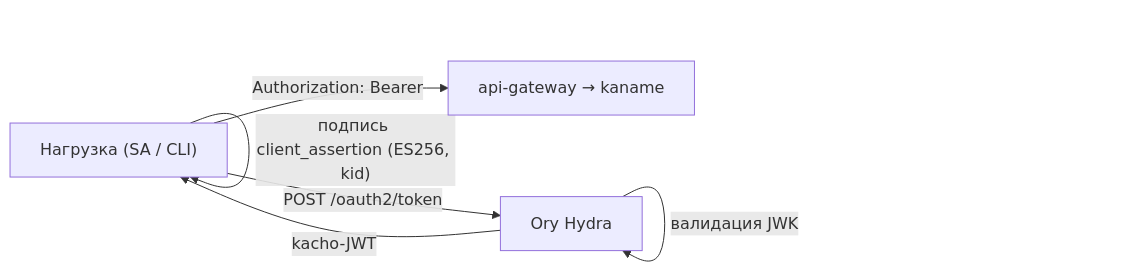
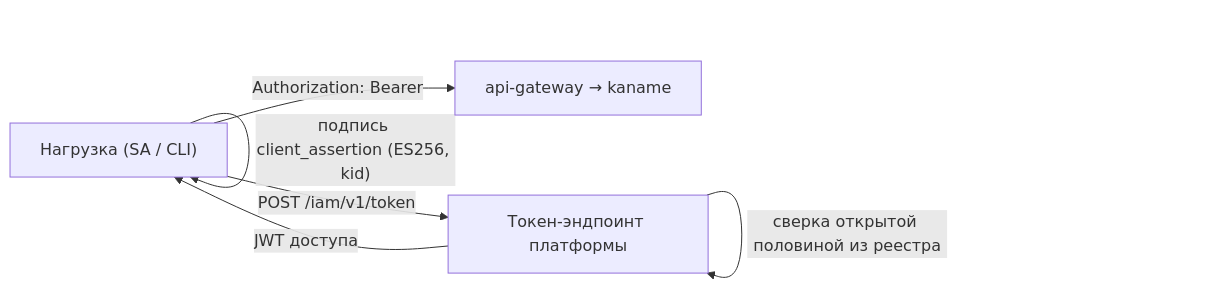
Before and after one commit to PRO-Robotech/kaname: the second of 2 diagrams in docs/content/architecture/identity.mdx, drawn with Mermaid. The commit also changed other lines of this file and 287 other files, not shown here.

````diff
--- a/docs/content/architecture/identity.mdx
+++ b/docs/content/architecture/identity.mdx
@@ -98,8 +114,8 @@
 ```mermaid
 flowchart LR
   wl["Нагрузка (SA / CLI)"] -->|"подпись client_assertion (ES256, kid)"| wl
-  wl -->|"POST /oauth2/token"| hydra["Ory Hydra"]
-  hydra -->|"валидация JWK"| hydra
-  hydra -->|"kacho-JWT"| wl
+  wl -->|"POST /iam/v1/token"| iam["Токен-эндпоинт платформы"]
+  iam -->|"сверка открытой половиной из реестра"| iam
+  iam -->|"JWT доступа"| wl
   wl -->|"Authorization: Bearer"| agw["api-gateway → kaname"]
 ```
````
